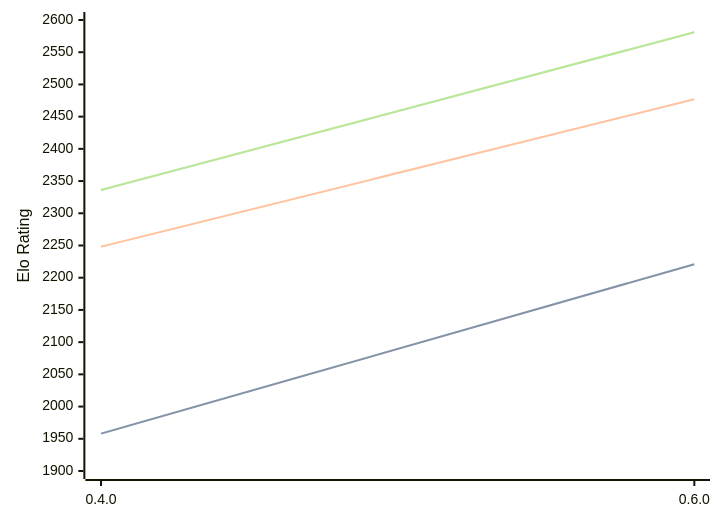
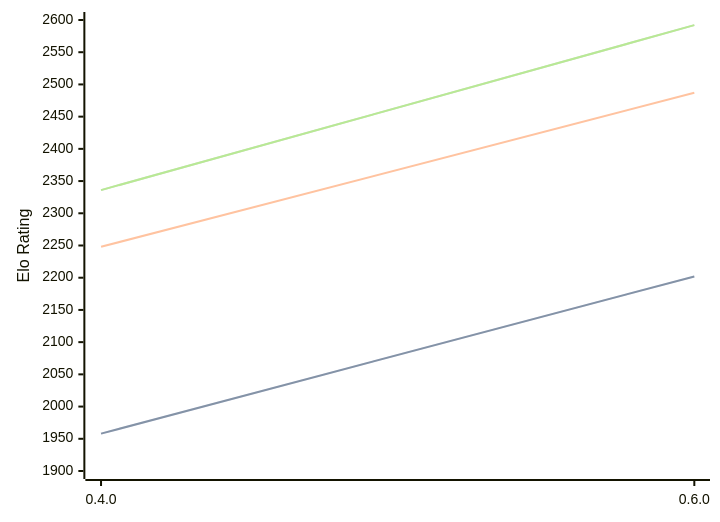
The diagram in engines/Ariadne.md (computer-chess-index/cci), drawn with Mermaid before and after one commit. The commit also changed other lines of this file, not shown here.

Commit message:
Update CCI Ratings (ELO VLTC) - 2026-09-04

````diff
--- a/engines/Ariadne.md
+++ b/engines/Ariadne.md
@@ -36,11 +36,11 @@
 ```mermaid
 %%{init: {"theme":"base","themeVariables":{"seriesColors:['#a3a3a3','#222221','#faa371']}}}%%
 xychart-beta
   x-axis ["0.4.0", "0.6.0"]
   y-axis "Elo Rating" 1900 --> 2600
-  line "" [1958, 2221]
-  line "STC (8.0+0.08s)" [1958, 2221]
-  line "LTC (60.0+0.60s)" [2248, 2477]
-  line "" [2336, 2581]
-  line "VLTC (2m24s+1.12s)" [2336, 2581]
+  line "" [1958, 2202]
+  line "STC (8.0+0.08s)" [1958, 2202]
+  line "LTC (60.0+0.60s)" [2248, 2487]
+  line "" [2336, 2592]
+  line "VLTC (2m24s+1.12s)" [2336, 2592]
 ```
````
